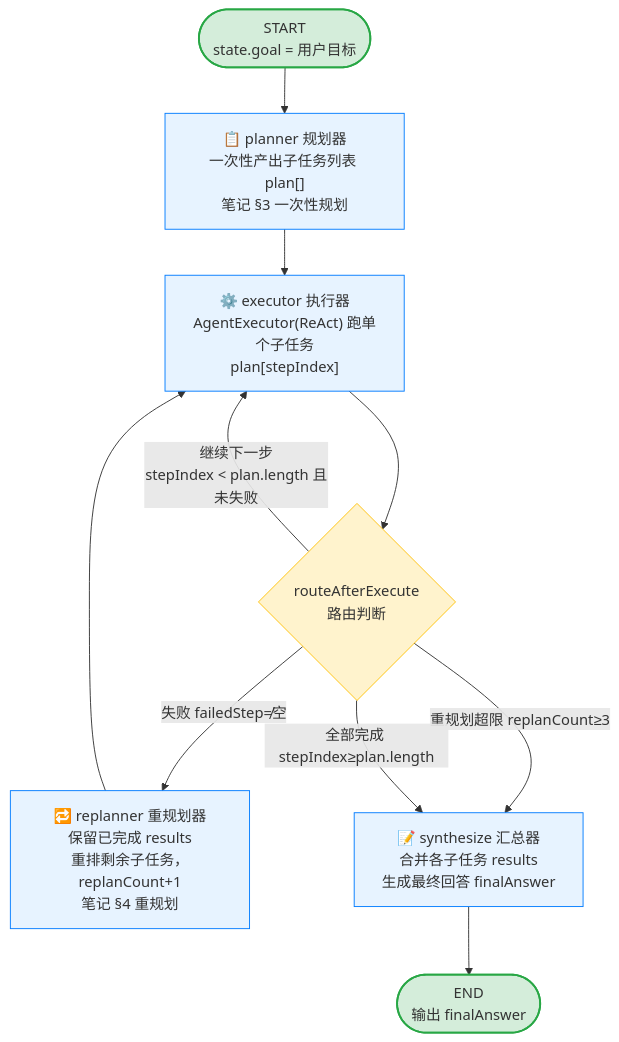
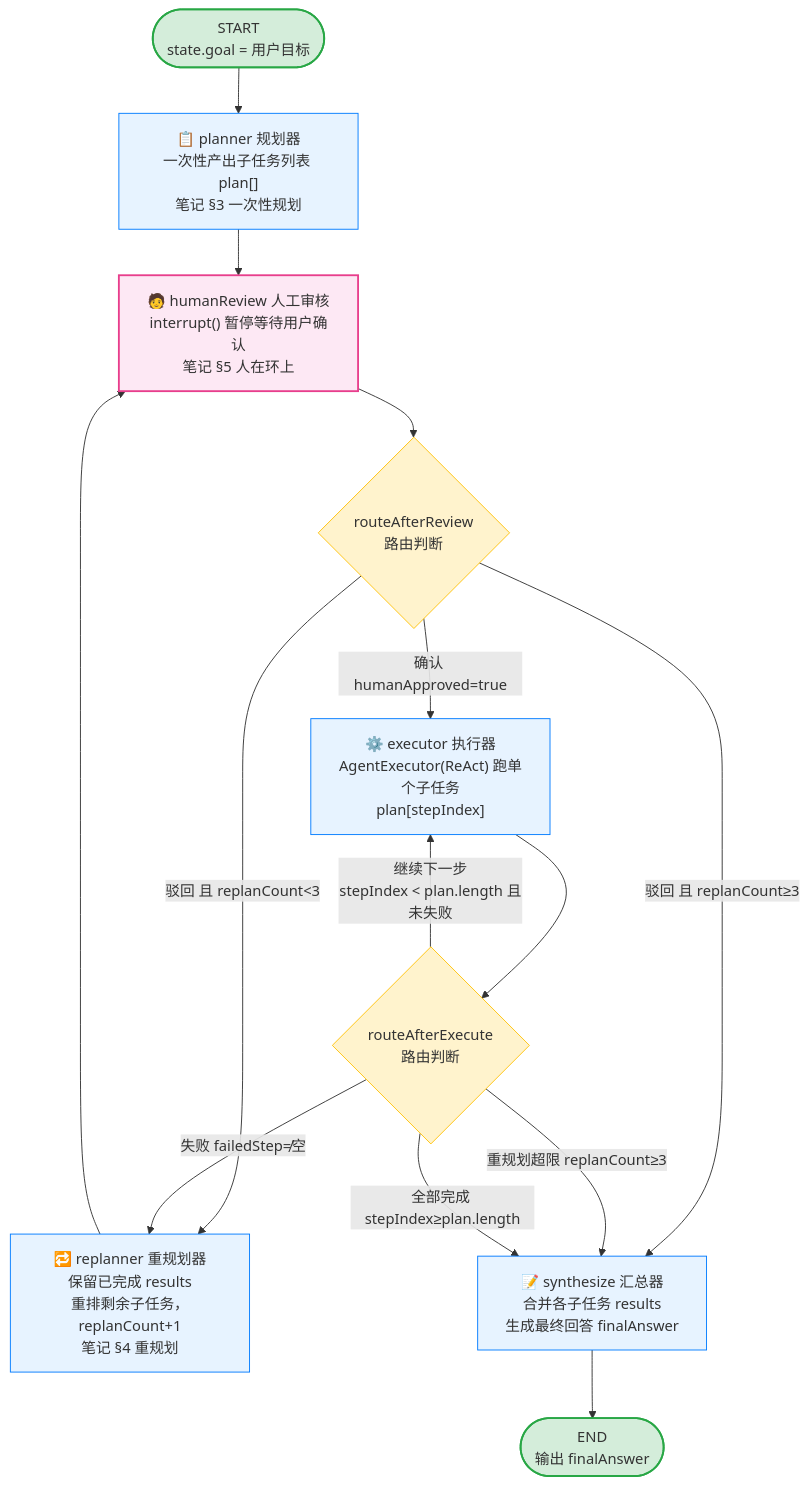
Before and after one commit to tclxtommy-hu/tclxtommy-hu.github.io: the first of 5 diagrams in posts/AI/Agent开发知识/05-规划与任务分解/01-规划与任务分解.md, drawn with Mermaid. The commit also changed other lines of this file and 2 other files, not shown here.

Commit message:
feat: [人在环上]AI\Agent开发知识\05-规划与任务分解\01-规划与任务分解.md

````diff
--- a/posts/AI/Agent开发知识/05-规划与任务分解/01-规划与任务分解.md
+++ b/posts/AI/Agent开发知识/05-规划与任务分解/01-规划与任务分解.md
@@ -57,28 +57,37 @@
 ```mermaid
 flowchart TD
     START(["START<br/>state.goal = 用户目标"]) --> planner
 
     planner["📋 planner 规划器<br/>一次性产出子任务列表 plan[]<br/>笔记 §3 一次性规划"]
-    planner --> executor
+    planner --> humanReview
+
+    humanReview["🧑 humanReview 人工审核<br/>interrupt() 暂停等待用户确认<br/>笔记 §5 人在环上"]
+    humanReview --> reviewRoute{"routeAfterReview<br/>路由判断"}
+
+    reviewRoute -->|"确认 humanApproved=true"| executor
+    reviewRoute -->|"驳回 且 replanCount&lt;3"| replanner
+    reviewRoute -->|"驳回 且 replanCount≥3"| synthesize
 
     executor["⚙️ executor 执行器<br/>AgentExecutor(ReAct) 跑单个子任务<br/>plan[stepIndex]"]
     executor --> route{"routeAfterExecute<br/>路由判断"}
 
     route -->|"继续下一步<br/>stepIndex &lt; plan.length 且未失败"| executor
     route -->|"失败 failedStep≠空"| replanner
     route -->|"重规划超限 replanCount≥3"| synthesize
     route -->|"全部完成 stepIndex≥plan.length"| synthesize
 
     replanner["🔁 replanner 重规划器<br/>保留已完成 results<br/>重排剩余子任务，replanCount+1<br/>笔记 §4 重规划"]
-    replanner --> executor
+    replanner --> humanReview
 
     synthesize["📝 synthesize 汇总器<br/>合并各子任务 results<br/>生成最终回答 finalAnswer"]
     synthesize --> END(["END<br/>输出 finalAnswer"])
 
     classDef startEnd fill:#d4edda,stroke:#28a745,stroke-width:2px;
     classDef node fill:#e7f3ff,stroke:#007bff,stroke-width:1px;
+    classDef human fill:#fde8f4,stroke:#e83e8c,stroke-width:2px;
     classDef route fill:#fff3cd,stroke:#ffc107,stroke-width:1px;
     class START,END startEnd;
     class planner,executor,replanner,synthesize node;
-    class route route;
+    class humanReview human;
+    class route,reviewRoute route;
 ```
````
